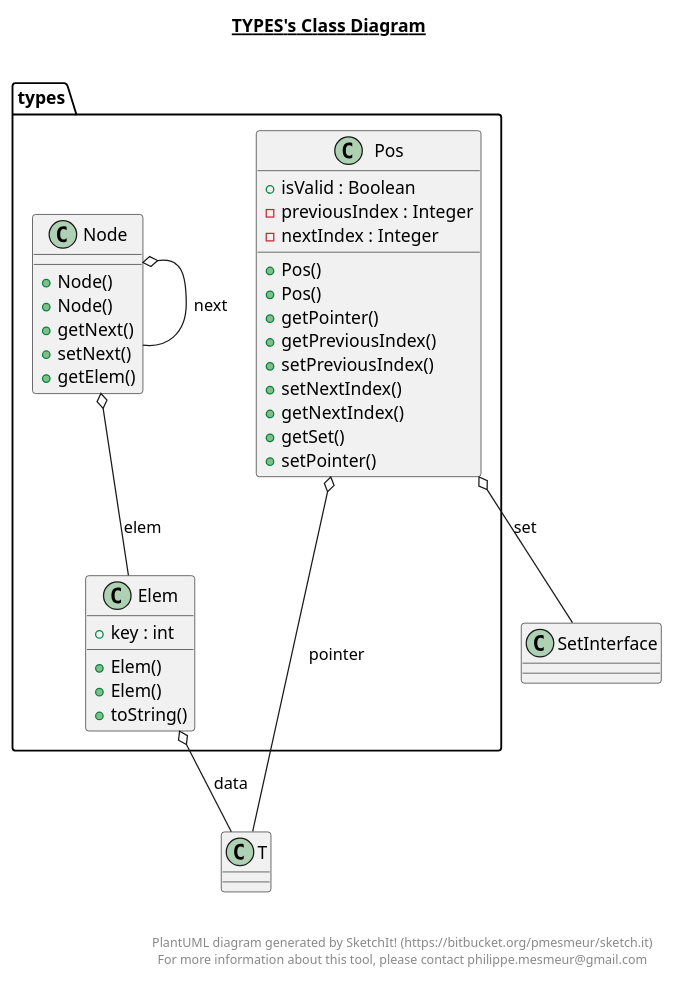
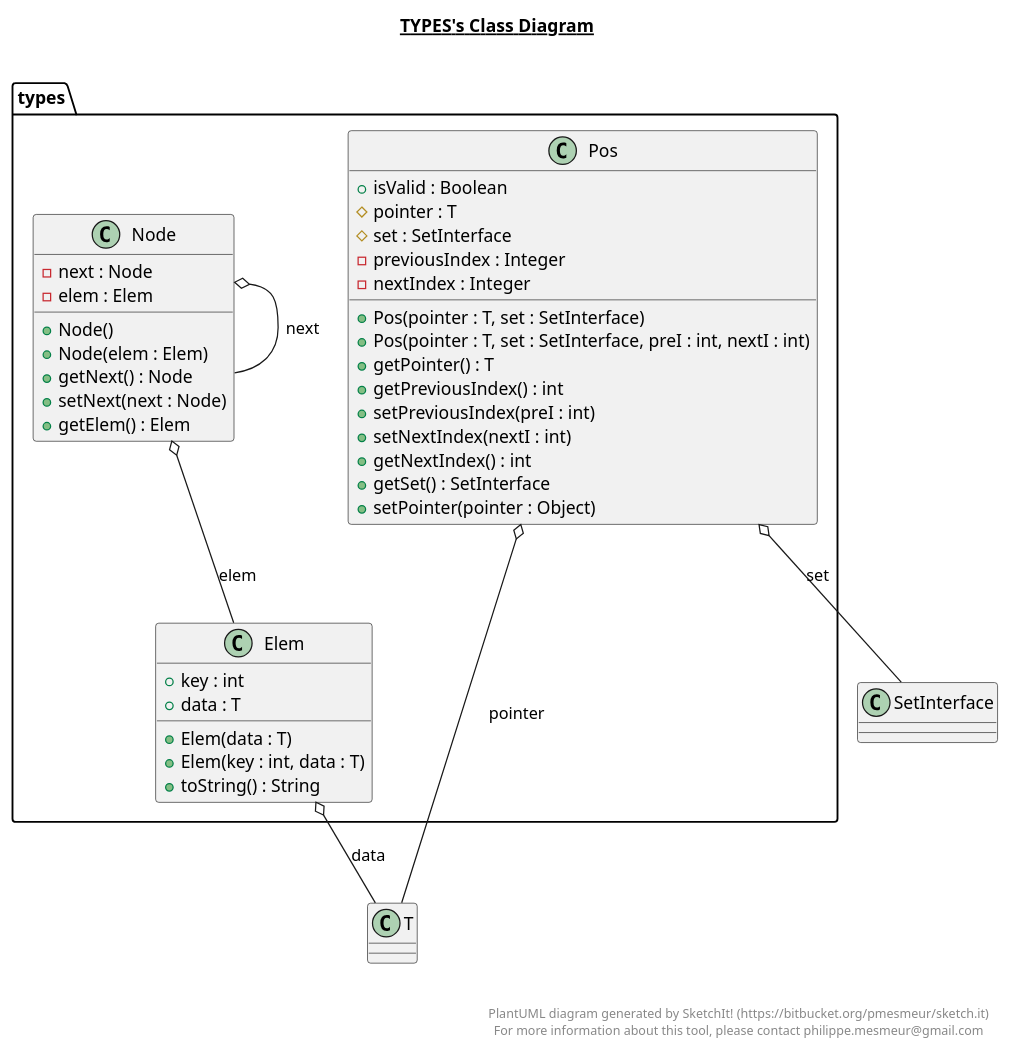
The diagram in src/types/types.plantuml (Finnfj/BTI-ADP-SS19), drawn with PlantUML before and after one commit. The commit also changed 4 other files, not shown here.

```diff
--- a/src/types/types.plantuml
+++ b/src/types/types.plantuml
@@ -1,58 +1,63 @@
 @startuml
 
 title __TYPES's Class Diagram__\n
 
   package types {
     class Elem {
         + key : int
-        + Elem()
-        + Elem()
-        + toString()
+        + data : T
+        + Elem(data : T)
+        + Elem(key : int, data : T)
+        + toString() : String
     }
   }
   
 
   package types {
     class Node {
+        - next : Node
+        - elem : Elem
         + Node()
-        + Node()
-        + getNext()
-        + setNext()
-        + getElem()
+        + Node(elem : Elem)
+        + getNext() : Node
+        + setNext(next : Node)
+        + getElem() : Elem
     }
   }
   
 
   package types {
     class Pos {
         + isValid : Boolean
+        # pointer : T
+        # set : SetInterface
         - previousIndex : Integer
         - nextIndex : Integer
-        + Pos()
-        + Pos()
-        + getPointer()
-        + getPreviousIndex()
-        + setPreviousIndex()
-        + setNextIndex()
-        + getNextIndex()
-        + getSet()
-        + setPointer()
+        + Pos(pointer : T, set : SetInterface)
+        + Pos(pointer : T, set : SetInterface, preI : int, nextI : int)
+        + getPointer() : T
+        + getPreviousIndex() : int
+        + setPreviousIndex(preI : int)
+        + setNextIndex(nextI : int)
+        + getNextIndex() : int
+        + getSet() : SetInterface
+        + setPointer(pointer : Object)
     }
   }
   
 
   Elem o-- T : data
   Node o-- Node : next
   Node o-- Elem : elem
   Pos o-- T : pointer
   Pos o-- SetInterface : set
 
 
 right footer
 
 
 PlantUML diagram generated by SketchIt! (https://bitbucket.org/pmesmeur/sketch.it)
 For more information about this tool, please contact philippe.mesmeur@gmail.com
 endfooter
 
 @enduml
```
